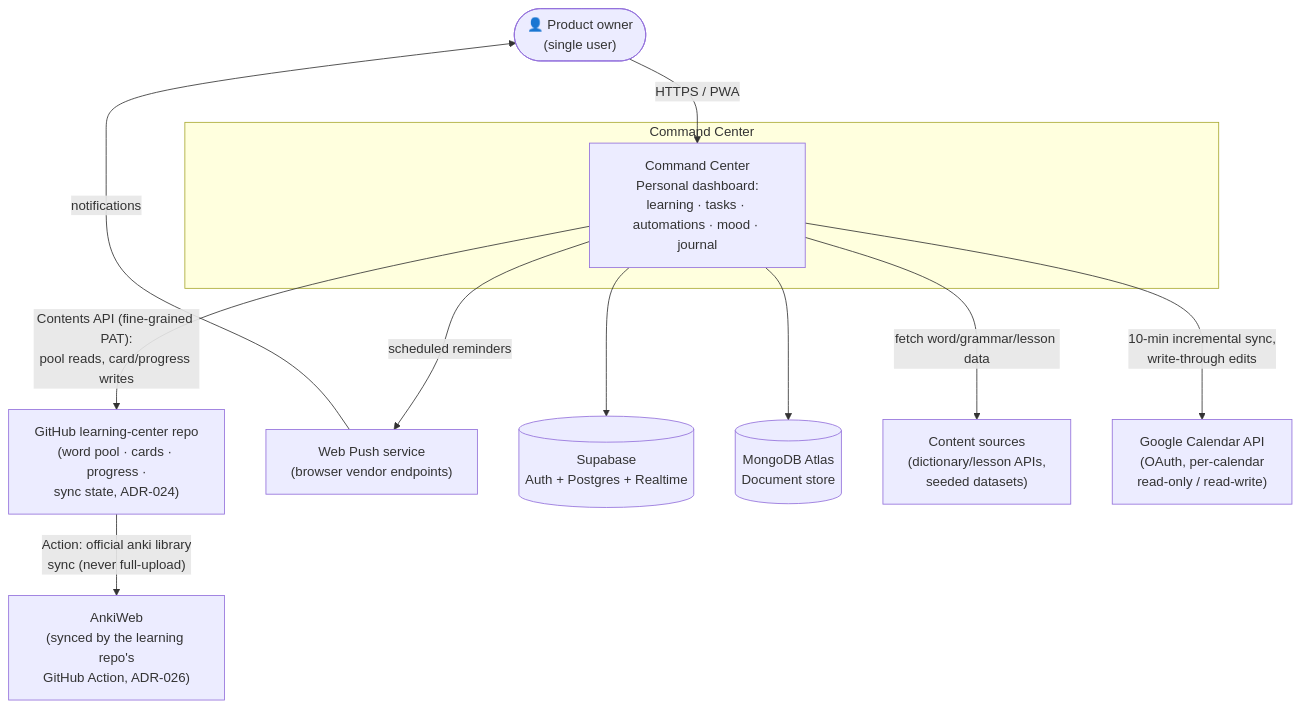
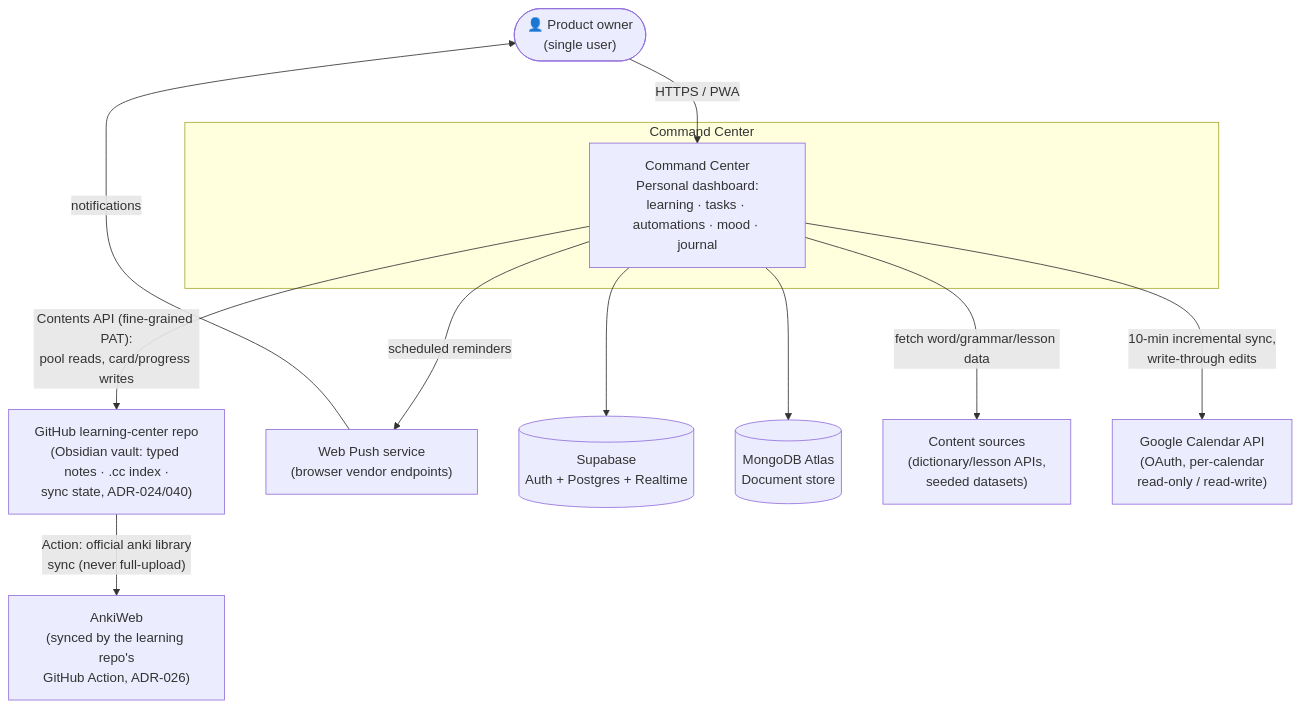
The first of 6 diagrams in docs/ADR.md (Auua/command-center), drawn with Mermaid before and after one commit. The commit also changed other lines of this file and 13 other files, not shown here.

First line of the commit message:
Docs: accept ADR-040 — the Obsidian vault is the learning store; apply the owed amendments

````diff
--- a/docs/ADR.md
+++ b/docs/ADR.md
@@ -36,26 +36,26 @@
 ```mermaid
 flowchart TB
     user(["👤 Product owner<br/>(single user)"])
 
     subgraph cc ["Command Center"]
         system["Command Center<br/>Personal dashboard:<br/>learning · tasks · automations · mood · journal"]
     end
 
     anki["AnkiWeb<br/>(synced by the learning repo's<br/>GitHub Action, ADR-026)"]
-    learnrepo["GitHub learning-center repo<br/>(word pool · cards · progress ·<br/>sync state, ADR-024)"]
+    learnrepo["GitHub learning-center repo<br/>(Obsidian vault: typed notes · .cc index ·<br/>sync state, ADR-024/040)"]
     push["Web Push service<br/>(browser vendor endpoints)"]
     supabase[("Supabase<br/>Auth + Postgres + Realtime")]
     mongo[("MongoDB Atlas<br/>Document store")]
     content["Content sources<br/>(dictionary/lesson APIs,<br/>seeded datasets)"]
     gcal["Google Calendar API<br/>(OAuth, per-calendar<br/>read-only / read-write)"]
 
     user -->|"HTTPS / PWA"| system
     system -->|"Contents API (fine-grained PAT):<br/>pool reads, card/progress writes"| learnrepo
     learnrepo -->|"Action: official anki library<br/>sync (never full-upload)"| anki
     system -->|"scheduled reminders"| push
     push -->|"notifications"| user
     system --> supabase
     system --> mongo
     system -->|"fetch word/grammar/lesson data"| content
     system -->|"10-min incremental sync,<br/>write-through edits"| gcal
 ```
````
